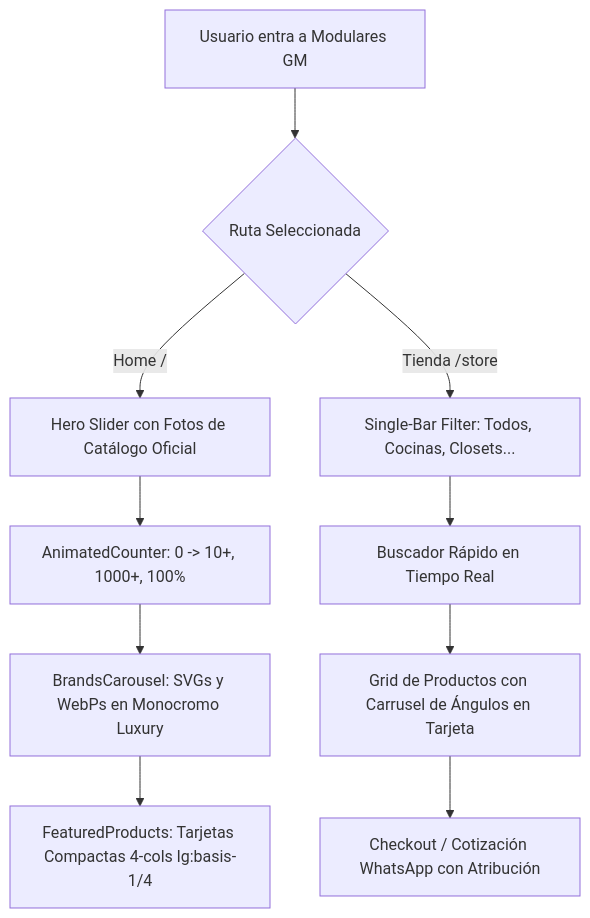
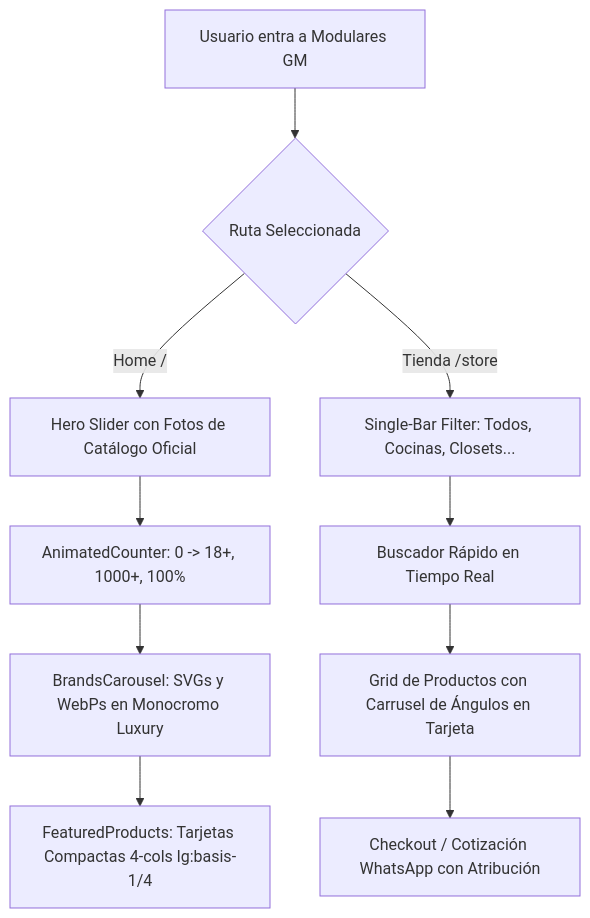
One commit to pavelo88/modularesgm changed the diagram in docs/09_Store_Refinement_and_Hero_Branding.md. Above: the diagram before and after it, drawn with Mermaid. The commit also changed other lines of this file and 118 other files, not shown here.

````diff
--- a/docs/09_Store_Refinement_and_Hero_Branding.md
+++ b/docs/09_Store_Refinement_and_Hero_Branding.md
@@ -9,13 +9,13 @@
 ```mermaid
 graph TD
     A[Usuario entra a Modulares GM] --> B{Ruta Seleccionada}
     B -->|Home /| C[Hero Slider con Fotos de Catálogo Oficial]
-    C --> D[AnimatedCounter: 0 -> 10+, 1000+, 100%]
+    C --> D[AnimatedCounter: 0 -> 18+, 1000+, 100%]
     D --> E[BrandsCarousel: SVGs y WebPs en Monocromo Luxury]
     E --> F[FeaturedProducts: Tarjetas Compactas 4-cols lg:basis-1/4]
     
     B -->|Tienda /store| G[Single-Bar Filter: Todos, Cocinas, Closets...]
     G --> H[Buscador Rápido en Tiempo Real]
     H --> I[Grid de Productos con Carrusel de Ángulos en Tarjeta]
     I --> J[Checkout / Cotización WhatsApp con Atribución]
 ```
````
